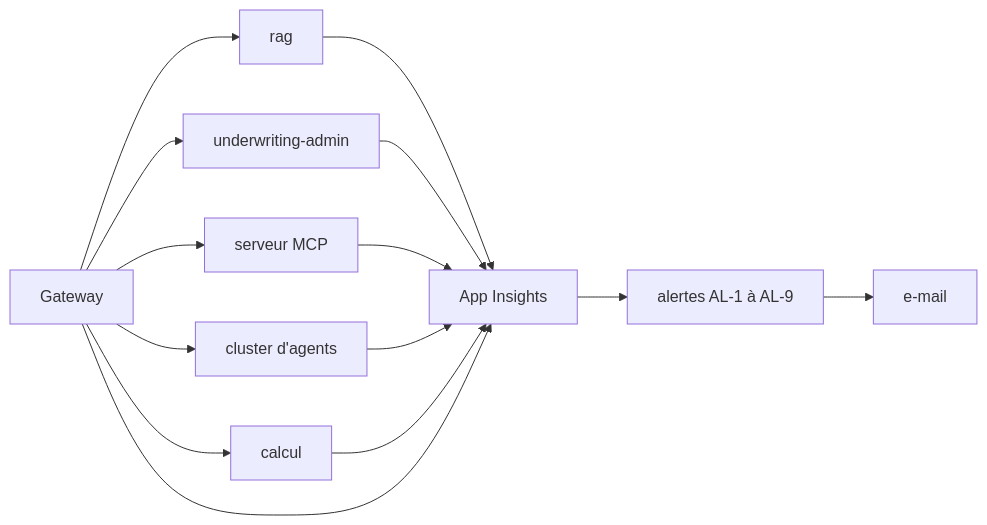
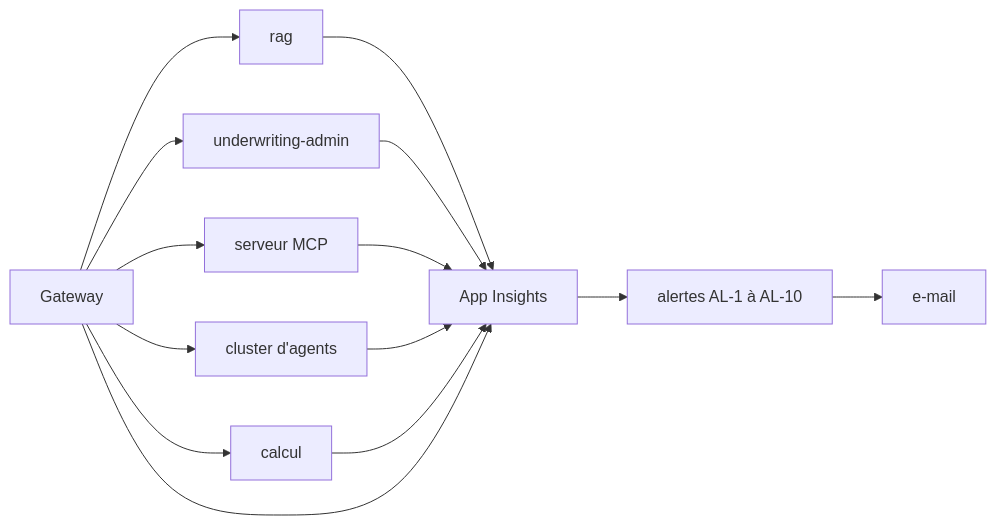
Before and after one commit to acerolaz/agentinsurflow: the diagram in docs/exploitation.md, drawn with Mermaid. The commit also changed other lines of this file and 14 other files, not shown here.

````diff
--- a/docs/exploitation.md
+++ b/docs/exploitation.md
@@ -9,16 +9,16 @@
 ```mermaid
 flowchart LR
     G[Gateway] --> R[rag]
     G --> U[underwriting-admin]
     G --> M[serveur MCP]
     G --> C[cluster d'agents]
     G --> K[calcul]
     R --> A[App Insights]
     U --> A
     M --> A
     C --> A
     K --> A
     G --> A
-    A --> L[alertes AL-1 à AL-9]
+    A --> L[alertes AL-1 à AL-10]
     L --> E[e-mail]
 ```
````
